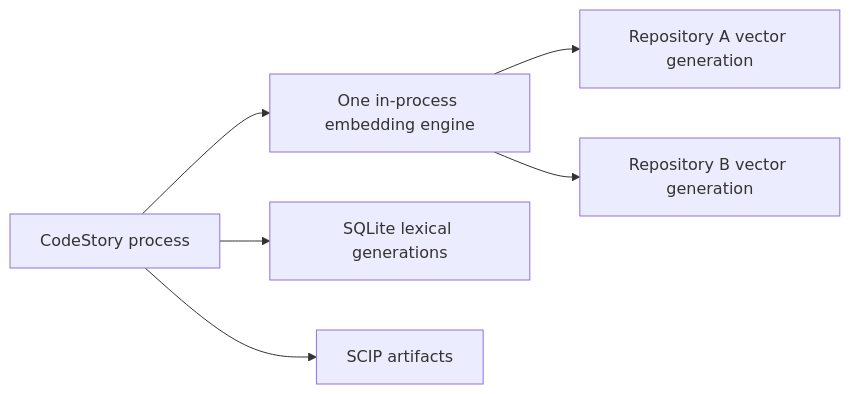
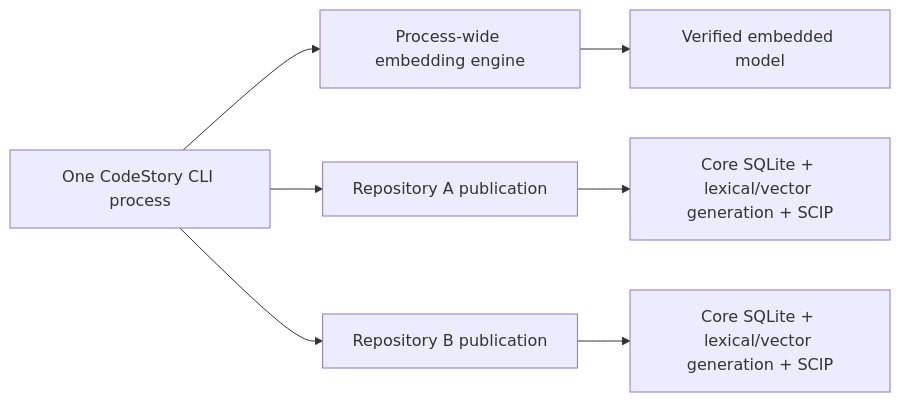
The first of 2 diagrams in docs/ops/retrieval-engine.md (TheGreenCedar/CodeStory), drawn with Mermaid before and after one commit. The commit also changed other lines of this file and 85 other files, not shown here.

````diff
--- a/docs/ops/retrieval-engine.md
+++ b/docs/ops/retrieval-engine.md
@@ -18,8 +14,9 @@
 ```mermaid
 flowchart LR
-    host["CodeStory process"] --> engine["One in-process embedding engine"]
-    engine --> a["Repository A vector generation"]
-    engine --> b["Repository B vector generation"]
-    host --> lexical["SQLite lexical generations"]
-    host --> scip["SCIP artifacts"]
+  host["One CodeStory CLI process"] --> engine["Process-wide embedding engine"]
+  engine --> model["Verified embedded model"]
+  host --> a["Repository A publication"]
+  host --> b["Repository B publication"]
+  a --> a1["Core SQLite + lexical/vector generation + SCIP"]
+  b --> b1["Core SQLite + lexical/vector generation + SCIP"]
 ```
````
